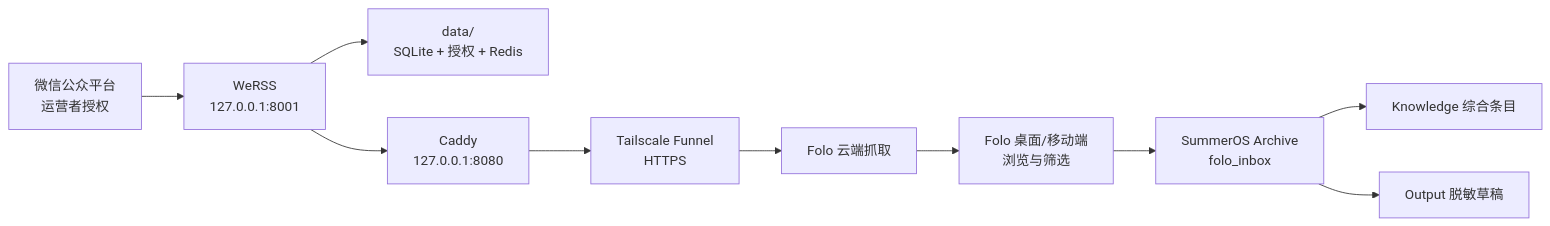
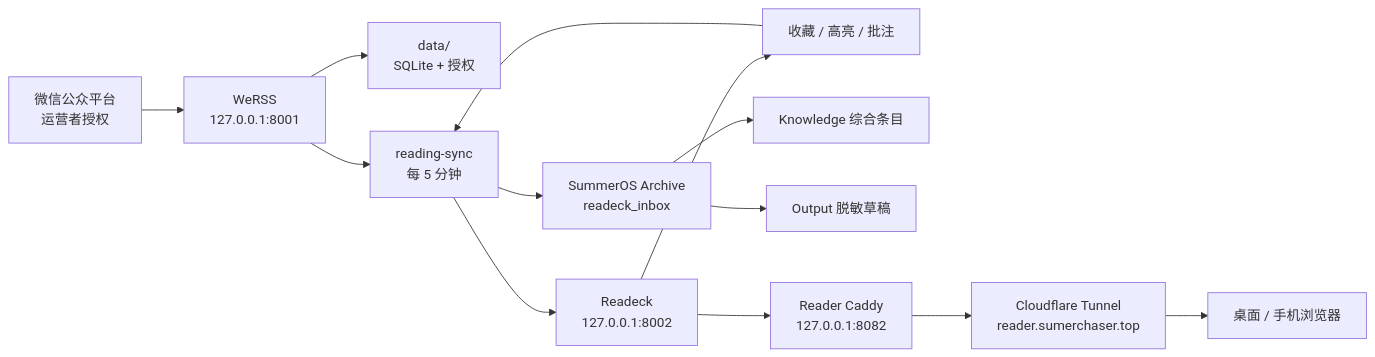
The diagram in coding-agent-harness/context/architecture/system-map.md (summerchaserwwz/wechat-rss-reader), drawn with Mermaid before and after one commit. The commit also changed other lines of this file and 54 other files, not shown here.

Commit message:
feat: replace Folo with self-hosted Readeck pipeline

````diff
--- a/coding-agent-harness/context/architecture/system-map.md
+++ b/coding-agent-harness/context/architecture/system-map.md
@@ -13,12 +11,15 @@
 ```mermaid
 flowchart LR
   WX["微信公众平台\n运营者授权"] --> W["WeRSS\n127.0.0.1:8001"]
-  W --> DB["data/\nSQLite + 授权 + Redis"]
-  W --> C["Caddy\n127.0.0.1:8080"]
-  C --> T["Tailscale Funnel\nHTTPS"]
-  T --> F["Folo 云端抓取"]
-  F --> FC["Folo 桌面/移动端\n浏览与筛选"]
-  FC --> O["SummerOS Archive\nfolo_inbox"]
+  W --> WDB["data/\nSQLite + 授权"]
+  W --> S["reading-sync\n每 5 分钟"]
+  S --> R["Readeck\n127.0.0.1:8002"]
+  R --> RC["收藏 / 高亮 / 批注"]
+  RC --> S
+  S --> O["SummerOS Archive\nreadeck_inbox"]
   O --> K["Knowledge 综合条目"]
   O --> OUT["Output 脱敏草稿"]
+  R --> C["Reader Caddy\n127.0.0.1:8082"]
+  C --> CF["Cloudflare Tunnel\nreader.sumerchaser.top"]
+  CF --> M["桌面 / 手机浏览器"]
 ```
````
